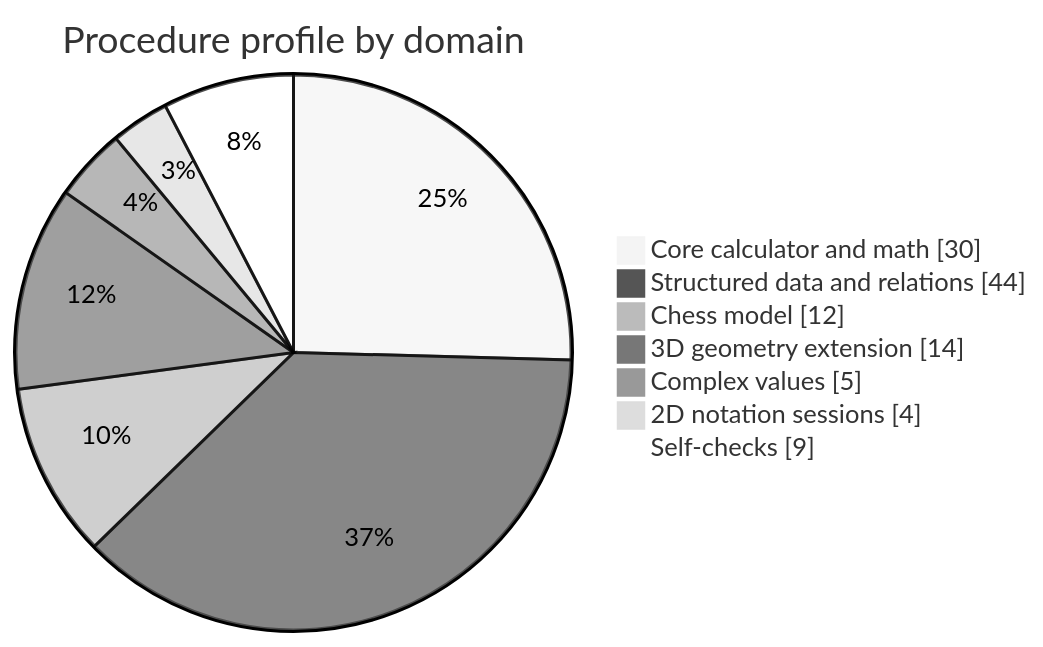
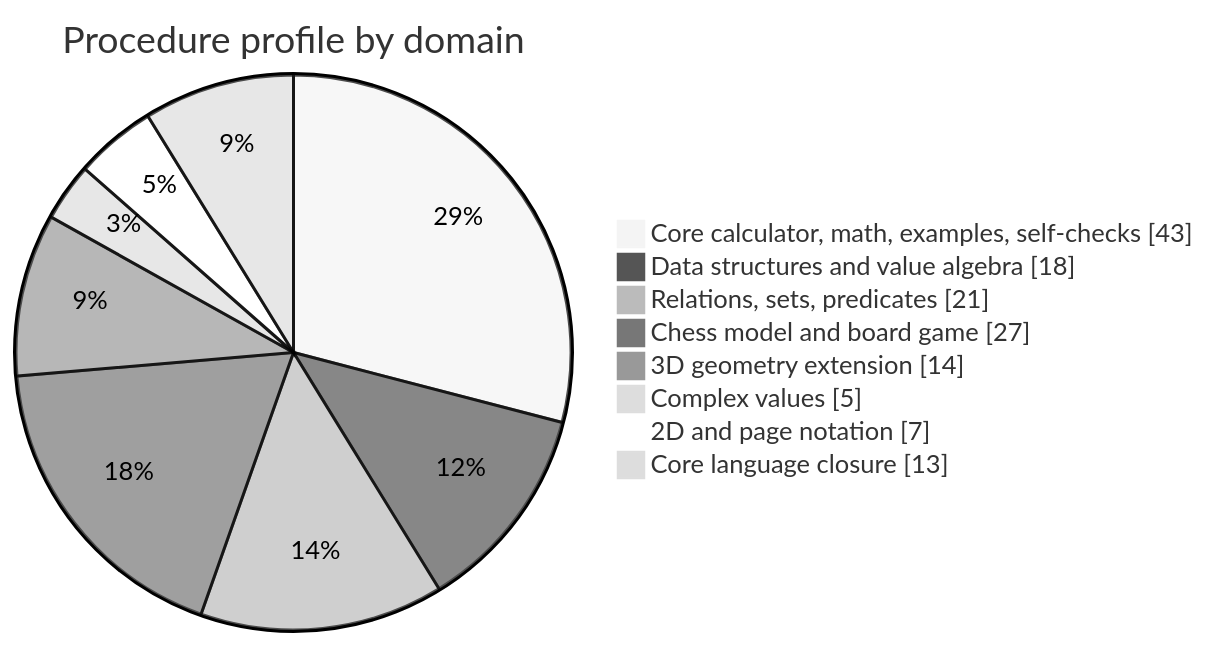
The first of 6 diagrams in docs/infographic.md (Olegie/PlankaC), drawn with Mermaid (neutral theme) before and after one commit. The commit also changed other lines of this file and 74 other files, not shown here.

Commit message:
feat(plankac): expand language model and backend lowering

````diff
--- a/docs/infographic.md
+++ b/docs/infographic.md
@@ -22,11 +22,12 @@
 ```mermaid
 pie showData
     title Procedure profile by domain
-    "Core calculator and math" : 30
-    "Structured data and relations" : 44
-    "Chess model" : 12
+    "Core calculator, math, examples, self-checks" : 43
+    "Data structures and value algebra" : 18
+    "Relations, sets, predicates" : 21
+    "Chess model and board game" : 27
     "3D geometry extension" : 14
     "Complex values" : 5
-    "2D notation sessions" : 4
-    "Self-checks" : 9
+    "2D and page notation" : 7
+    "Core language closure" : 13
 ```
````
